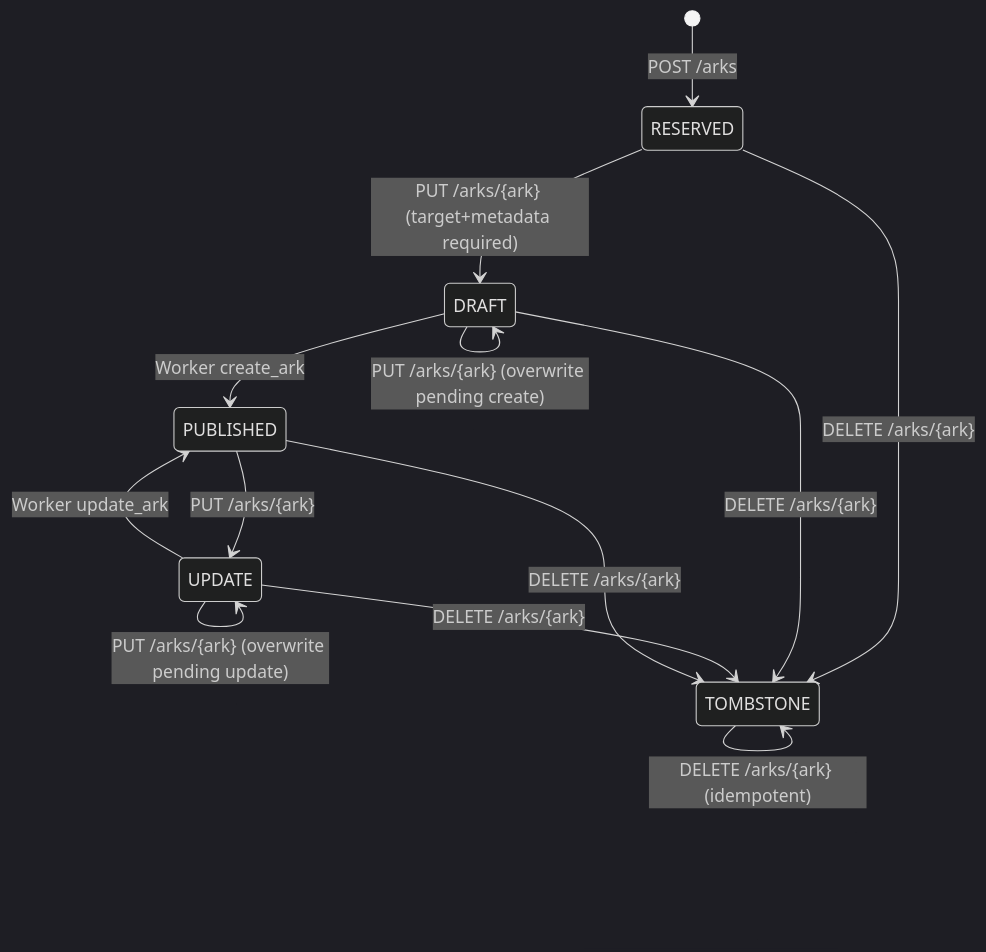
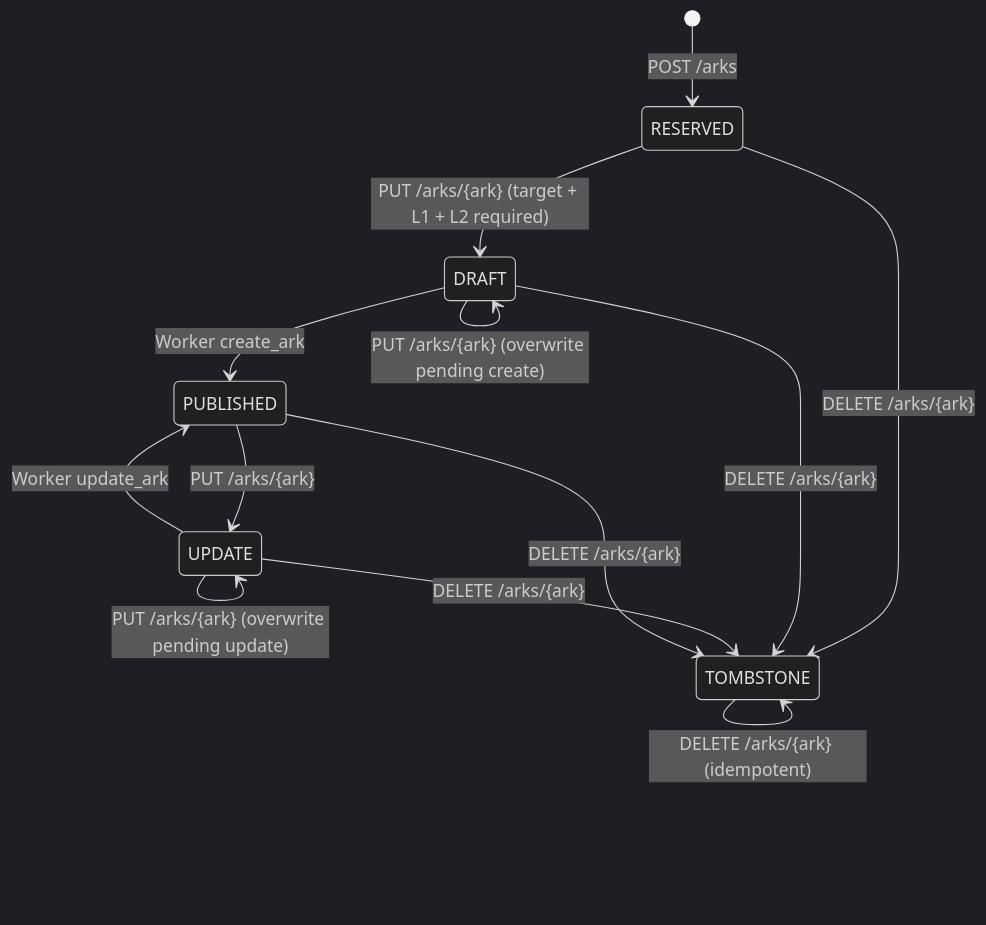
The seventh of 9 diagrams in minter-architecture.md (LA-Referencia-IOI/dark-core-minter-api), drawn with Mermaid (dark theme) before and after one commit. The commit also changed other lines of this file and 30 other files, not shown here.

````diff
--- a/minter-architecture.md
+++ b/minter-architecture.md
@@ -139,15 +139,15 @@
 ```mermaid
 stateDiagram-v2
     [*] --> RESERVED: POST /arks
-    RESERVED --> DRAFT: PUT /arks/{ark} (target+metadata required)
+    RESERVED --> DRAFT: PUT /arks/{ark} (target + L1 + L2 required)
     DRAFT --> DRAFT: PUT /arks/{ark} (overwrite pending create)
     DRAFT --> PUBLISHED: Worker create_ark
     PUBLISHED --> UPDATE: PUT /arks/{ark}
     UPDATE --> UPDATE: PUT /arks/{ark} (overwrite pending update)
     UPDATE --> PUBLISHED: Worker update_ark
     RESERVED --> TOMBSTONE: DELETE /arks/{ark}
     DRAFT --> TOMBSTONE: DELETE /arks/{ark}
     UPDATE --> TOMBSTONE: DELETE /arks/{ark}
     PUBLISHED --> TOMBSTONE: DELETE /arks/{ark}
     TOMBSTONE --> TOMBSTONE: DELETE /arks/{ark} (idempotent)
 ```
````
